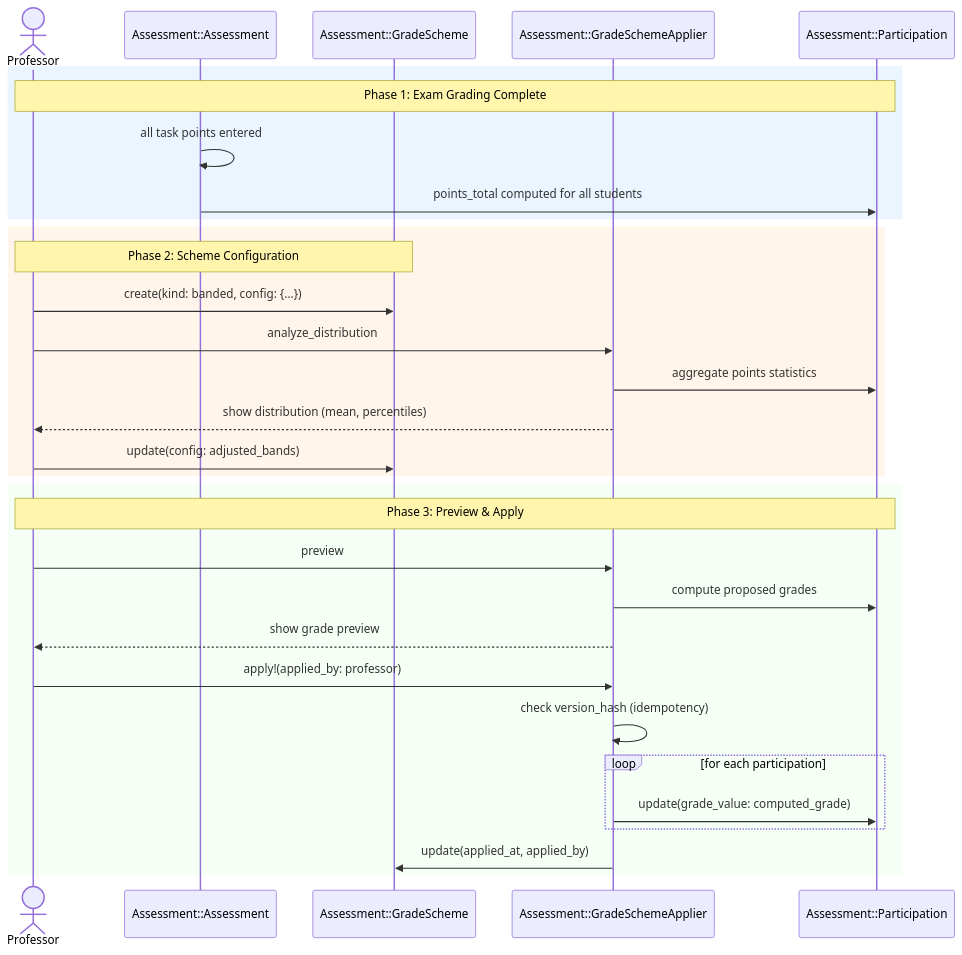
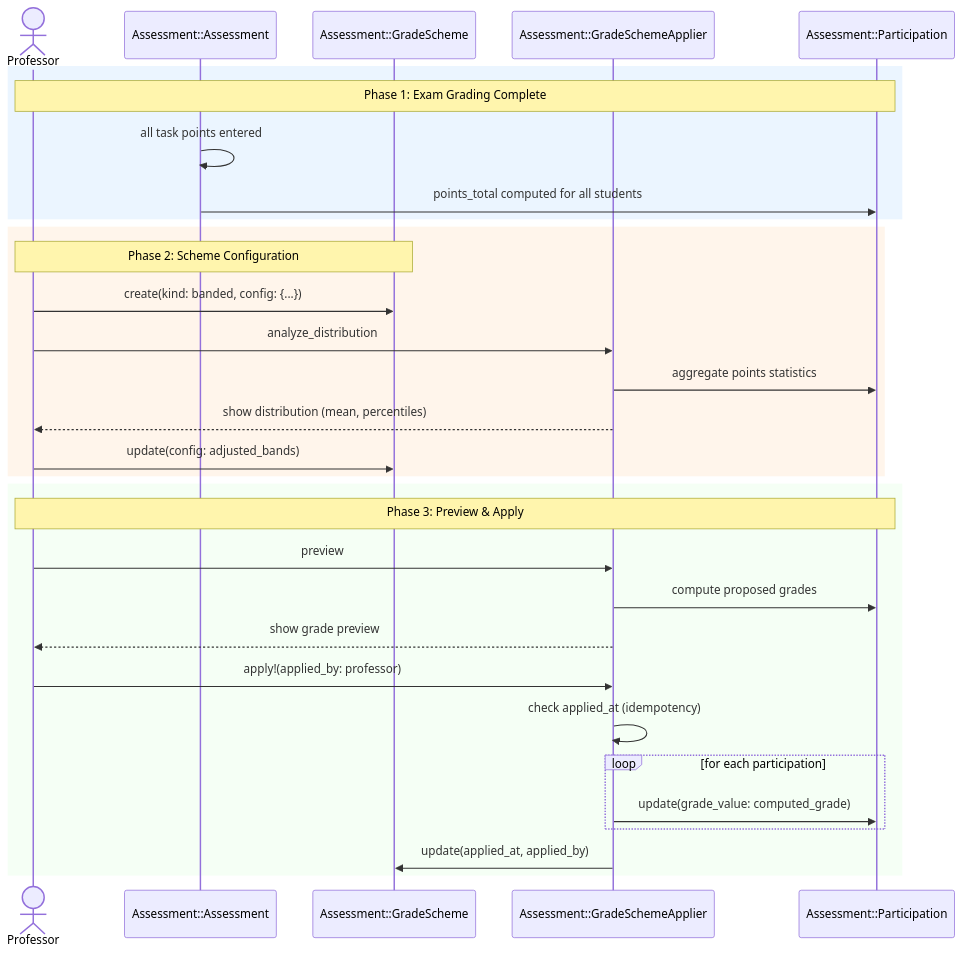
The fifth of 5 diagrams in architecture/src/features/05b-grading-schemes.md (MaMpf-HD/mampf), drawn with Mermaid before and after one commit. The commit also changed other lines of this file and 1 other file, not shown here.

Commit message:
Fix version control description in grading schemes and update decision slice to reflect accurate choices

````diff
--- a/architecture/src/features/05b-grading-schemes.md
+++ b/architecture/src/features/05b-grading-schemes.md
@@ -780,36 +780,36 @@
 ```mermaid
 sequenceDiagram
     actor Professor
     participant Assessment as Assessment::Assessment
     participant Scheme as Assessment::GradeScheme
     participant Applier as Assessment::GradeSchemeApplier
     participant Participation as Assessment::Participation
 
     rect rgb(235, 245, 255)
     note over Professor,Participation: Phase 1: Exam Grading Complete
     Assessment->>Assessment: all task points entered
     Assessment->>Participation: points_total computed for all students
     end
 
     rect rgb(255, 245, 235)
     note over Professor,Scheme: Phase 2: Scheme Configuration
     Professor->>Scheme: create(kind: banded, config: {...})
     Professor->>Applier: analyze_distribution
     Applier->>Participation: aggregate points statistics
     Applier-->>Professor: show distribution (mean, percentiles)
     Professor->>Scheme: update(config: adjusted_bands)
     end
 
     rect rgb(245, 255, 245)
     note over Professor,Participation: Phase 3: Preview & Apply
     Professor->>Applier: preview
     Applier->>Participation: compute proposed grades
     Applier-->>Professor: show grade preview
     Professor->>Applier: apply!(applied_by: professor)
-    Applier->>Applier: check version_hash (idempotency)
+    Applier->>Applier: check applied_at (idempotency)
     loop for each participation
         Applier->>Participation: update(grade_value: computed_grade)
     end
     Applier->>Scheme: update(applied_at, applied_by)
     end
 ```
````
